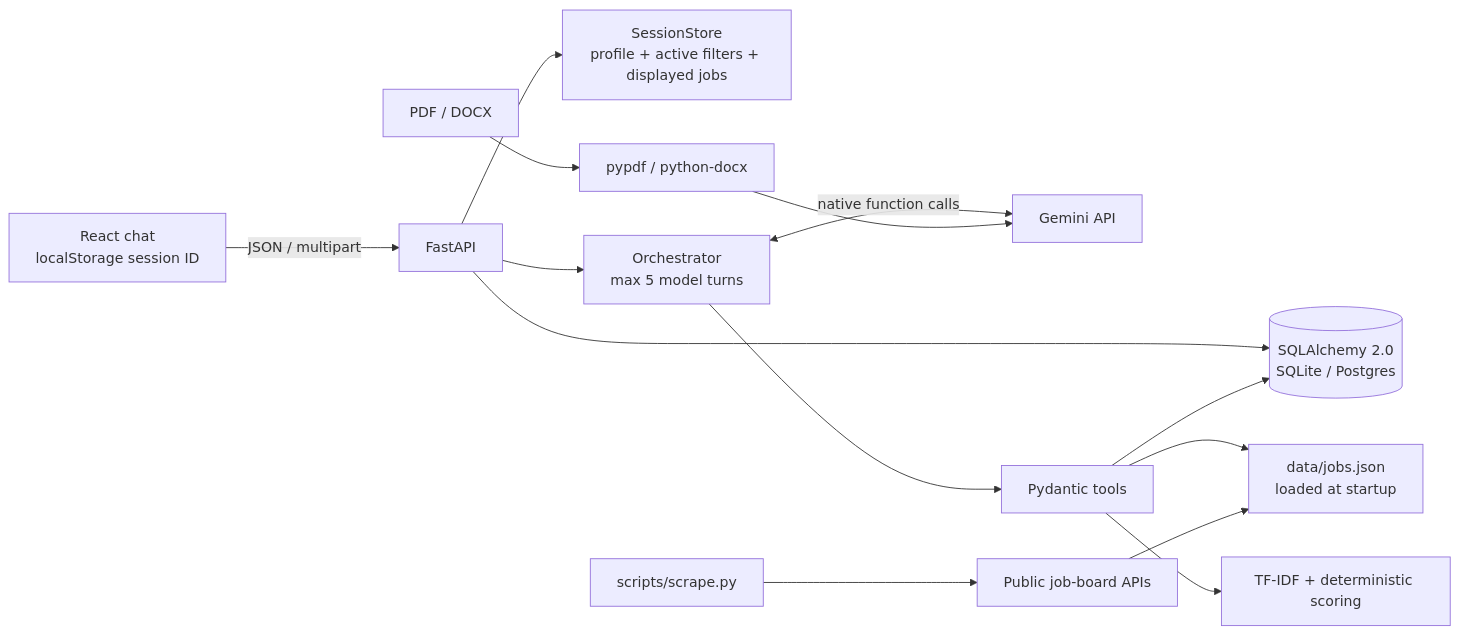
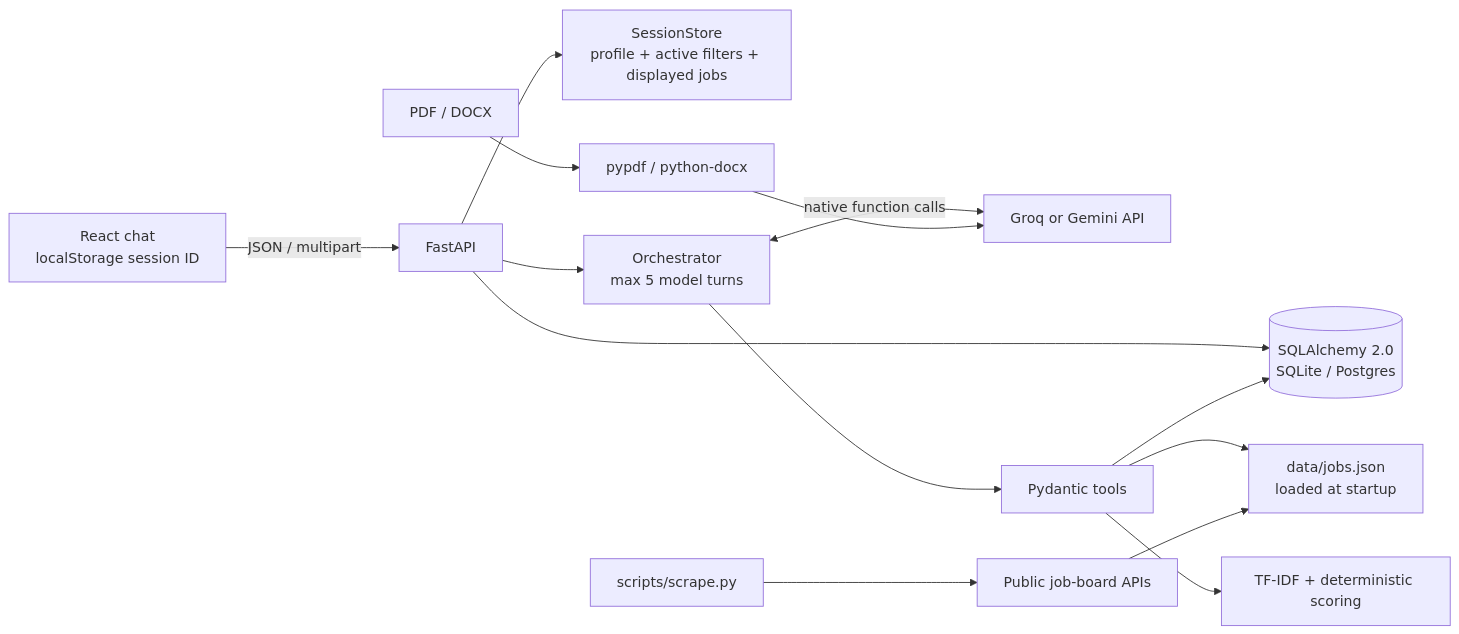
The diagram in README.md (synan-mannan/The_ChatBot), drawn with Mermaid before and after one commit. The commit also changed other lines of this file and 11 other files, not shown here.

Commit message:
Add Groq native LLM provider support

````diff
--- a/README.md
+++ b/README.md
@@ -7,16 +7,16 @@
 ```mermaid
 flowchart LR
     Browser["React chat\nlocalStorage session ID"] -->|JSON / multipart| API["FastAPI"]
     API --> Sessions["SessionStore\nprofile + active filters + displayed jobs"]
     API --> DB[("SQLAlchemy 2.0\nSQLite / Postgres")]
     API --> Agent["Orchestrator\nmax 5 model turns"]
-    Agent <-->|native function calls| Gemini["Gemini API"]
+    Agent <-->|native function calls| LLM["Groq or Gemini API"]
     Agent --> Tools["Pydantic tools"]
     Tools --> Catalog["data/jobs.json\nloaded at startup"]
     Tools --> Matcher["TF-IDF + deterministic scoring"]
     Tools --> DB
     Upload["PDF / DOCX"] --> Parser["pypdf / python-docx"]
-    Parser --> Gemini
+    Parser --> LLM
     Scraper["scripts/scrape.py"] --> Sources["Public job-board APIs"]
     Sources --> Catalog
 ```
````
